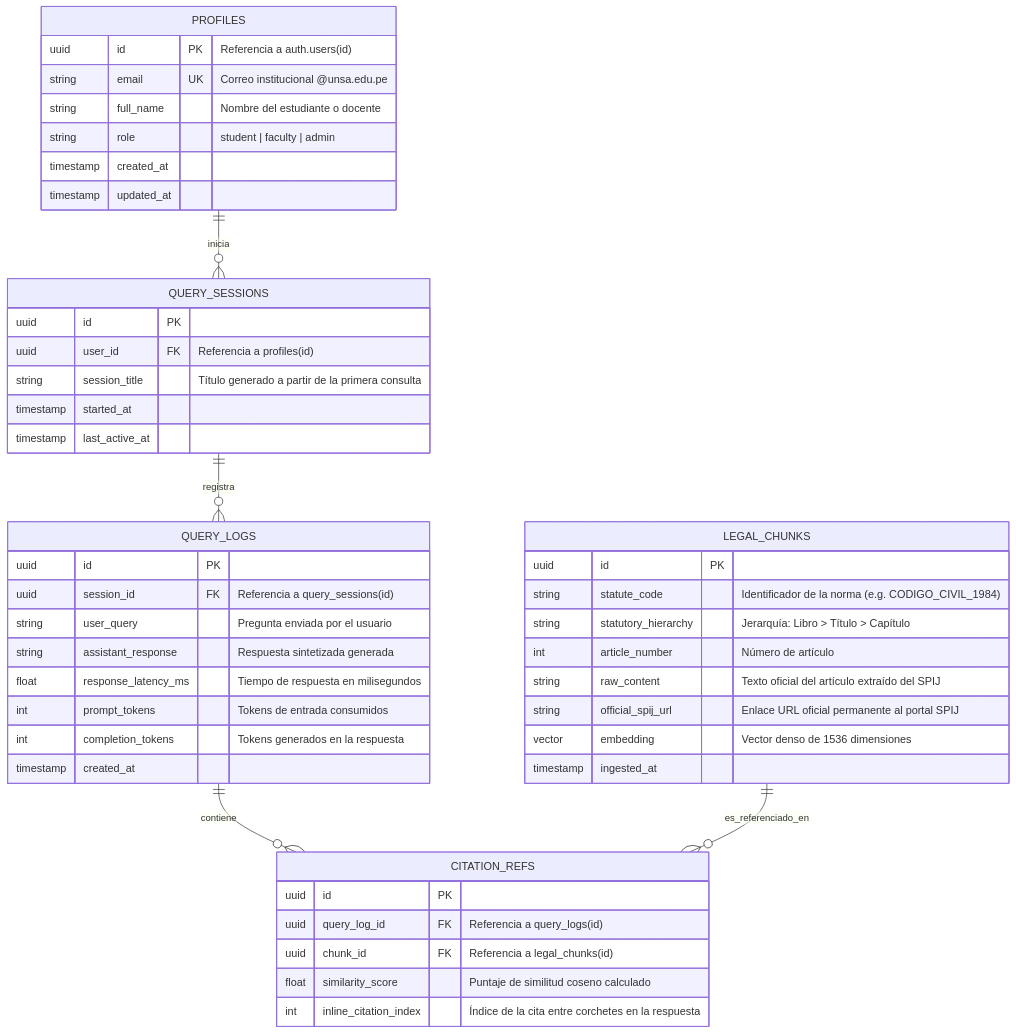
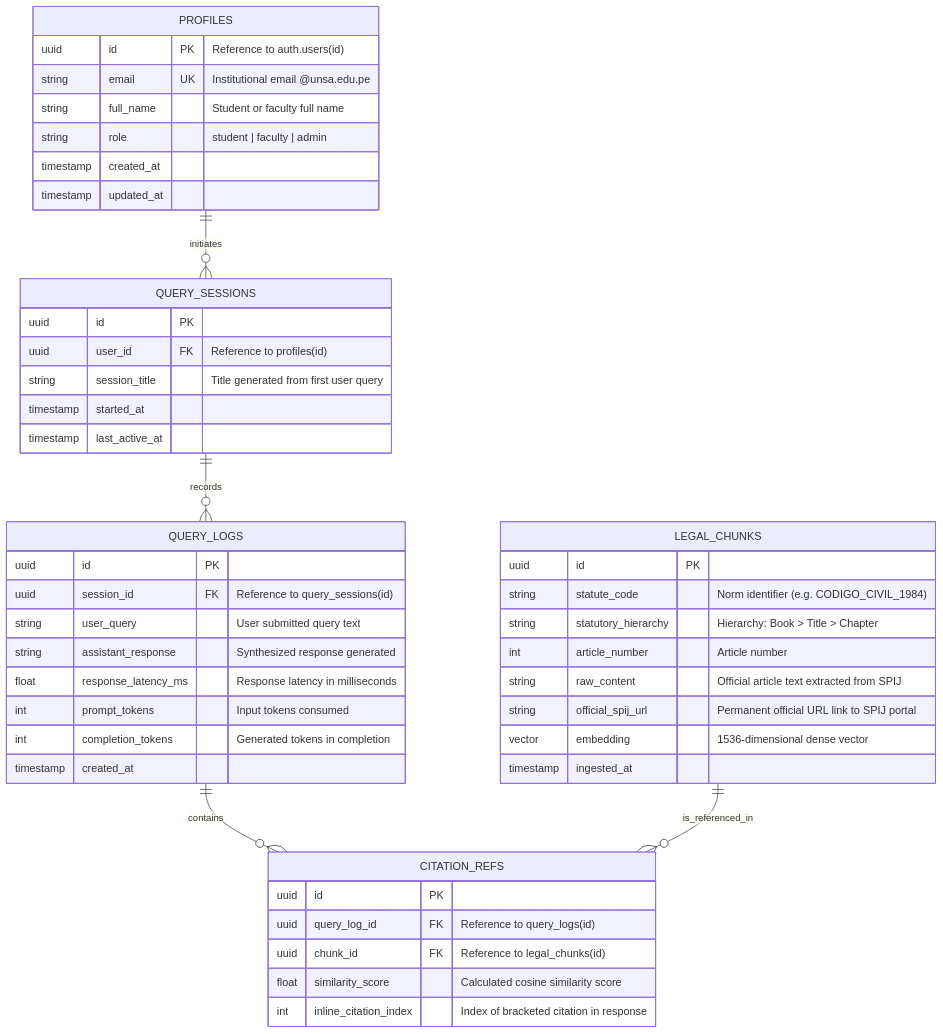
One commit to jorghee/inti-rag changed the diagram in docs/architecture/data-model.md. Above: the diagram before and after it, drawn with Mermaid. The commit also changed other lines of this file and 9 other files, not shown here.

````diff
--- a/docs/architecture/data-model.md
+++ b/docs/architecture/data-model.md
@@ -11,54 +11,54 @@
 ```mermaid
 erDiagram
-    PROFILES ||--o{ QUERY_SESSIONS : "inicia"
-    QUERY_SESSIONS ||--o{ QUERY_LOGS : "registra"
-    QUERY_LOGS ||--o{ CITATION_REFS : "contiene"
-    LEGAL_CHUNKS ||--o{ CITATION_REFS : "es_referenciado_en"
+    PROFILES ||--o{ QUERY_SESSIONS : "initiates"
+    QUERY_SESSIONS ||--o{ QUERY_LOGS : "records"
+    QUERY_LOGS ||--o{ CITATION_REFS : "contains"
+    LEGAL_CHUNKS ||--o{ CITATION_REFS : "is_referenced_in"
 
     PROFILES {
-        uuid id PK "Referencia a auth.users(id)"
-        string email UK "Correo institucional @unsa.edu.pe"
-        string full_name "Nombre del estudiante o docente"
+        uuid id PK "Reference to auth.users(id)"
+        string email UK "Institutional email @unsa.edu.pe"
+        string full_name "Student or faculty full name"
         string role "student | faculty | admin"
         timestamp created_at
         timestamp updated_at
     }
 
     QUERY_SESSIONS {
         uuid id PK
-        uuid user_id FK "Referencia a profiles(id)"
-        string session_title "Título generado a partir de la primera consulta"
+        uuid user_id FK "Reference to profiles(id)"
+        string session_title "Title generated from first user query"
         timestamp started_at
         timestamp last_active_at
     }
 
     QUERY_LOGS {
         uuid id PK
-        uuid session_id FK "Referencia a query_sessions(id)"
-        string user_query "Pregunta enviada por el usuario"
-        string assistant_response "Respuesta sintetizada generada"
-        float response_latency_ms "Tiempo de respuesta en milisegundos"
-        int prompt_tokens "Tokens de entrada consumidos"
-        int completion_tokens "Tokens generados en la respuesta"
+        uuid session_id FK "Reference to query_sessions(id)"
+        string user_query "User submitted query text"
+        string assistant_response "Synthesized response generated"
+        float response_latency_ms "Response latency in milliseconds"
+        int prompt_tokens "Input tokens consumed"
+        int completion_tokens "Generated tokens in completion"
         timestamp created_at
     }
 
     LEGAL_CHUNKS {
         uuid id PK
-        string statute_code "Identificador de la norma (e.g. CODIGO_CIVIL_1984)"
-        string statutory_hierarchy "Jerarquía: Libro > Título > Capítulo"
-        int article_number "Número de artículo"
-        string raw_content "Texto oficial del artículo extraído del SPIJ"
-        string official_spij_url "Enlace URL oficial permanente al portal SPIJ"
-        vector embedding "Vector denso de 1536 dimensiones"
+        string statute_code "Norm identifier (e.g. CODIGO_CIVIL_1984)"
+        string statutory_hierarchy "Hierarchy: Book > Title > Chapter"
+        int article_number "Article number"
+        string raw_content "Official article text extracted from SPIJ"
+        string official_spij_url "Permanent official URL link to SPIJ portal"
+        vector embedding "1536-dimensional dense vector"
         timestamp ingested_at
     }
 
     CITATION_REFS {
         uuid id PK
-        uuid query_log_id FK "Referencia a query_logs(id)"
-        uuid chunk_id FK "Referencia a legal_chunks(id)"
-        float similarity_score "Puntaje de similitud coseno calculado"
-        int inline_citation_index "Índice de la cita entre corchetes en la respuesta"
+        uuid query_log_id FK "Reference to query_logs(id)"
+        uuid chunk_id FK "Reference to legal_chunks(id)"
+        float similarity_score "Calculated cosine similarity score"
+        int inline_citation_index "Index of bracketed citation in response"
     }
 ```
````
